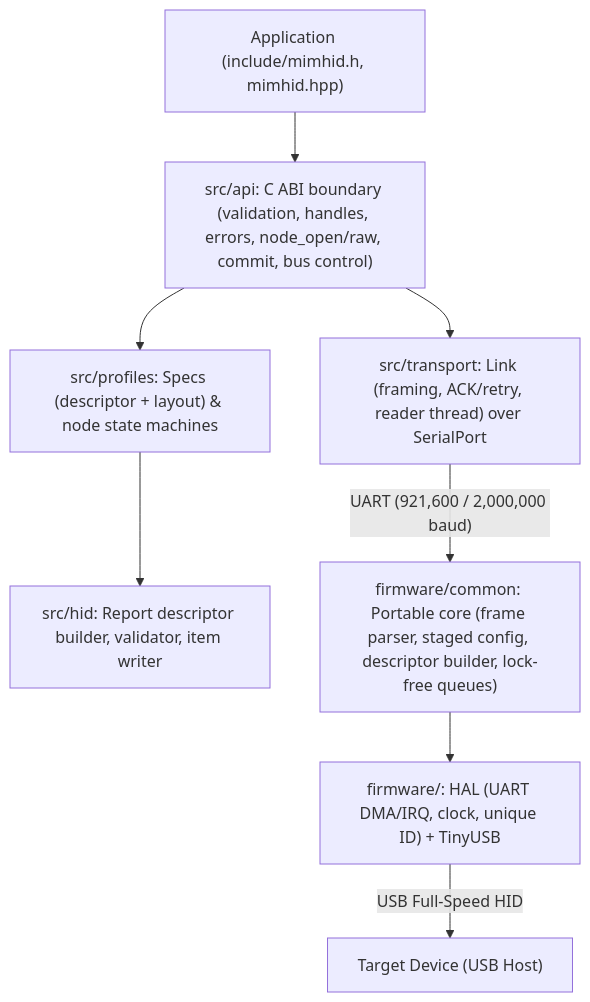
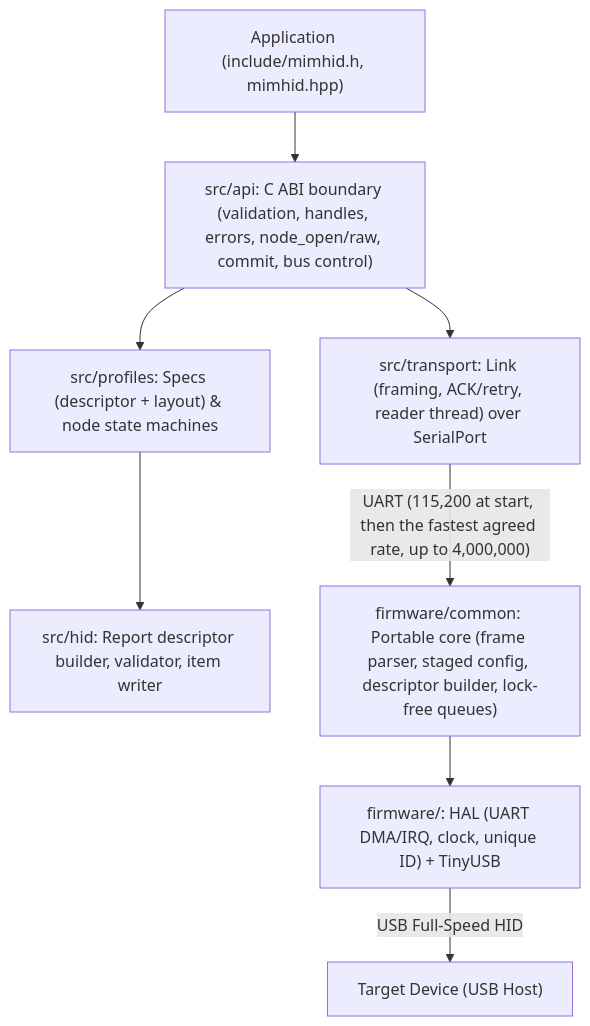
Before and after one commit to nemarpuc/libmimhid: the first of 2 diagrams in docs/ARCHITECTURE.md, drawn with Mermaid. The commit also changed 30 other files, not shown here.

First line of the commit message:
Release 1.0.1: line rate agreed at run time, protocol 3

````diff
--- a/docs/ARCHITECTURE.md
+++ b/docs/ARCHITECTURE.md
@@ -18,19 +18,19 @@
 ```mermaid
 flowchart TD
     App["Application (include/mimhid.h, mimhid.hpp)"]
     API["src/api: C ABI boundary (validation, handles, errors, node_open/raw, commit, bus control)"]
     Prof["src/profiles: Specs (descriptor + layout) & node state machines"]
     HID["src/hid: Report descriptor builder, validator, item writer"]
     Trans["src/transport: Link (framing, ACK/retry, reader thread) over SerialPort"]
     FWCore["firmware/common: Portable core (frame parser, staged config, descriptor builder, lock-free queues)"]
     HAL["firmware/<port>: HAL (UART DMA/IRQ, clock, unique ID) + TinyUSB"]
     Target["Target Device (USB Host)"]
 
     App --> API
     API --> Prof
     Prof --> HID
     API --> Trans
-    Trans -->|"UART (921,600 / 2,000,000 baud)"| FWCore
+    Trans -->|"UART (115,200 at start, then the fastest agreed rate, up to 4,000,000)"| FWCore
     FWCore --> HAL
     HAL -->|"USB Full-Speed HID"| Target
 ```
````
